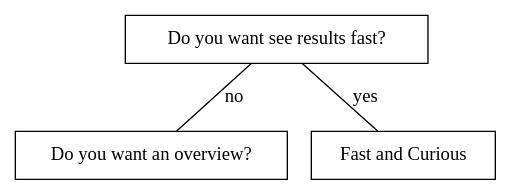
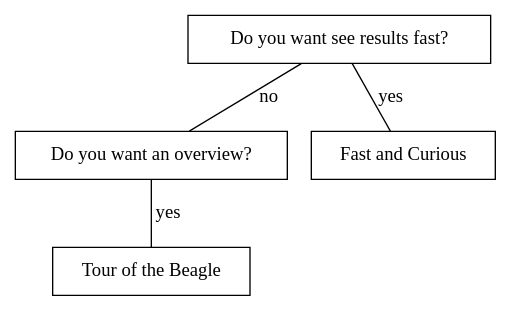
The diagram in graphviz/flowchart.dot (darwins-challenge/fly-me-to-the-moon), drawn with Graphviz before and after one commit. The commit also changed 1 other file, not shown here.

Commit message:
Update flow chart

```diff
--- a/graphviz/flowchart.dot
+++ b/graphviz/flowchart.dot
@@ -1,9 +1,12 @@
 strict graph {
        node [ shape = rectangle ]
        start [ label = "Do you want see results fast?" ]
-       overview [ label = "Do you want an overview?" ]
+       overview [ label = "Do you want an overview?" ] 
+
+       beagle [ label = "Tour of the Beagle" ]
        fast [ label = "Fast and Curious" ]
 
        start -- fast [ label = "yes" ]
        start -- overview [ label = "no" ]
+       overview -- beagle [ label = "yes" ]
 }
```
